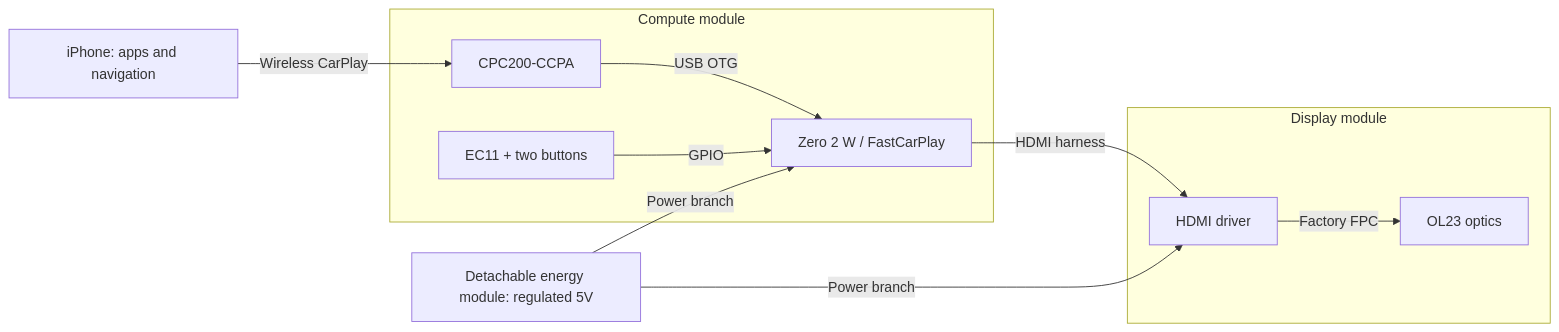
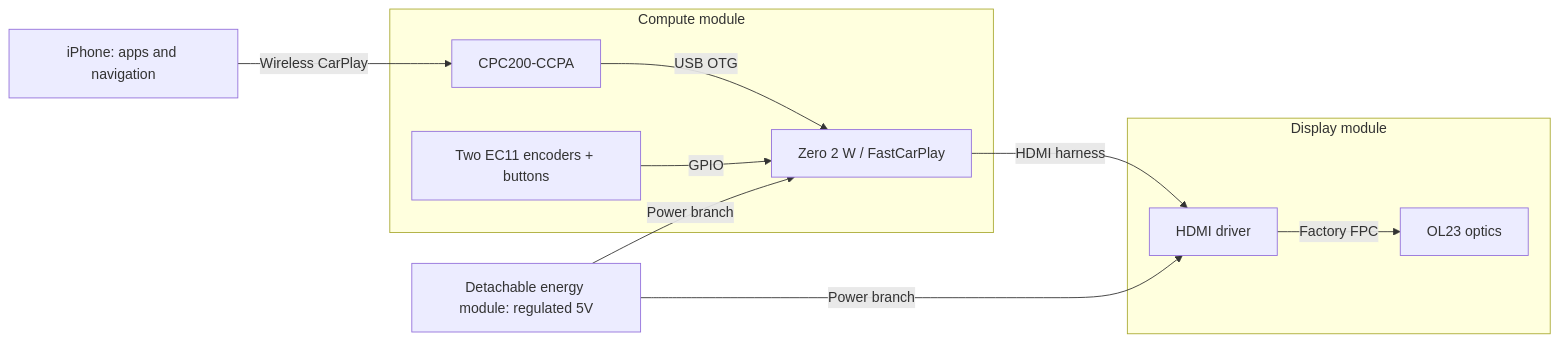
One commit to aPuzzledCodingBear/goggle_lite changed the diagram in README.md. Above: the diagram before and after it, drawn with Mermaid. The commit also changed other lines of this file and 1 other file, not shown here.

````diff
--- a/README.md
+++ b/README.md
@@ -23,14 +23,14 @@
 ```mermaid
 flowchart LR
   Phone[iPhone: apps and navigation] -->|Wireless CarPlay| CCPA[CPC200-CCPA]
   subgraph Compute[Compute module]
     CCPA -->|USB OTG| Pi[Zero 2 W / FastCarPlay]
-    Controls[EC11 + two buttons] -->|GPIO| Pi
+    Controls[Two EC11 encoders + buttons] -->|GPIO| Pi
   end
   subgraph Display[Display module]
     Driver[HDMI driver] -->|Factory FPC| Optics[OL23 optics]
   end
   Energy[Detachable energy module: regulated 5V] -->|Power branch| Pi
   Energy -->|Power branch| Driver
   Pi -->|HDMI harness| Driver
 ```
````
